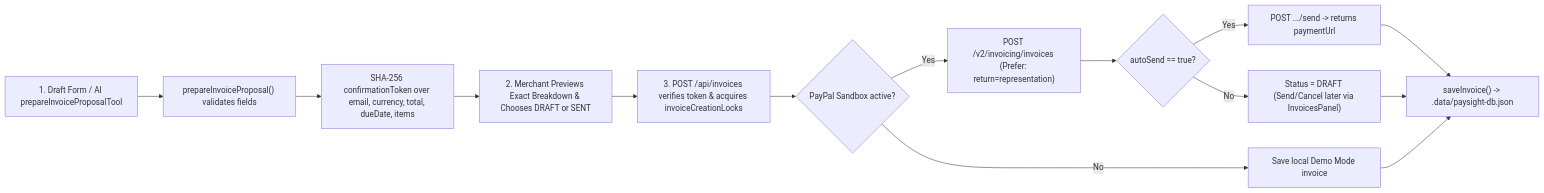
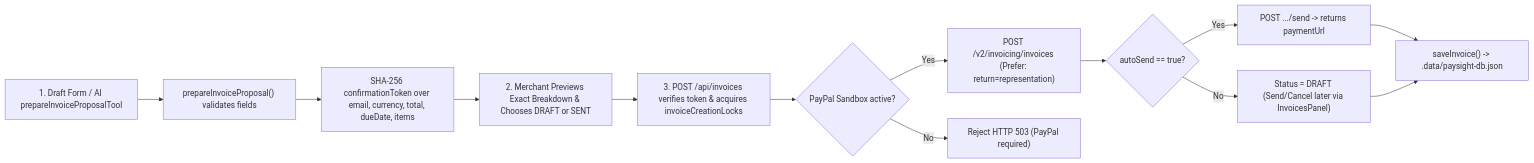
One commit to yugomania/Paysight changed the third of 5 diagrams in ARCHITECTURE.md. Above: the diagram before and after it, drawn with Mermaid. The commit also changed other lines of this file and 40 other files, not shown here.

````diff
--- a/ARCHITECTURE.md
+++ b/ARCHITECTURE.md
@@ -105,14 +105,14 @@
 ```mermaid
 flowchart LR
     A["1. Draft Form / AI prepareInvoiceProposalTool"] --> B["prepareInvoiceProposal() validates fields"]
     B --> C["SHA-256 confirmationToken over email, currency, total, dueDate, items"]
     C --> D["2. Merchant Previews Exact Breakdown & Chooses DRAFT or SENT"]
     D --> E["3. POST /api/invoices verifies token & acquires invoiceCreationLocks"]
     E --> F{"PayPal Sandbox active?"}
     F -- Yes --> G["POST /v2/invoicing/invoices (Prefer: return=representation)"]
     G --> H{"autoSend == true?"}
     H -- Yes --> I["POST .../send -> returns paymentUrl"]
     H -- No --> J["Status = DRAFT (Send/Cancel later via InvoicesPanel)"]
-    F -- No --> K["Save local Demo Mode invoice"]
-    I & J & K --> L["saveInvoice() -> .data/paysight-db.json"]
+    F -- No --> K["Reject HTTP 503 (PayPal required)"]
+    I & J --> L["saveInvoice() -> .data/paysight-db.json"]
 ```
````
